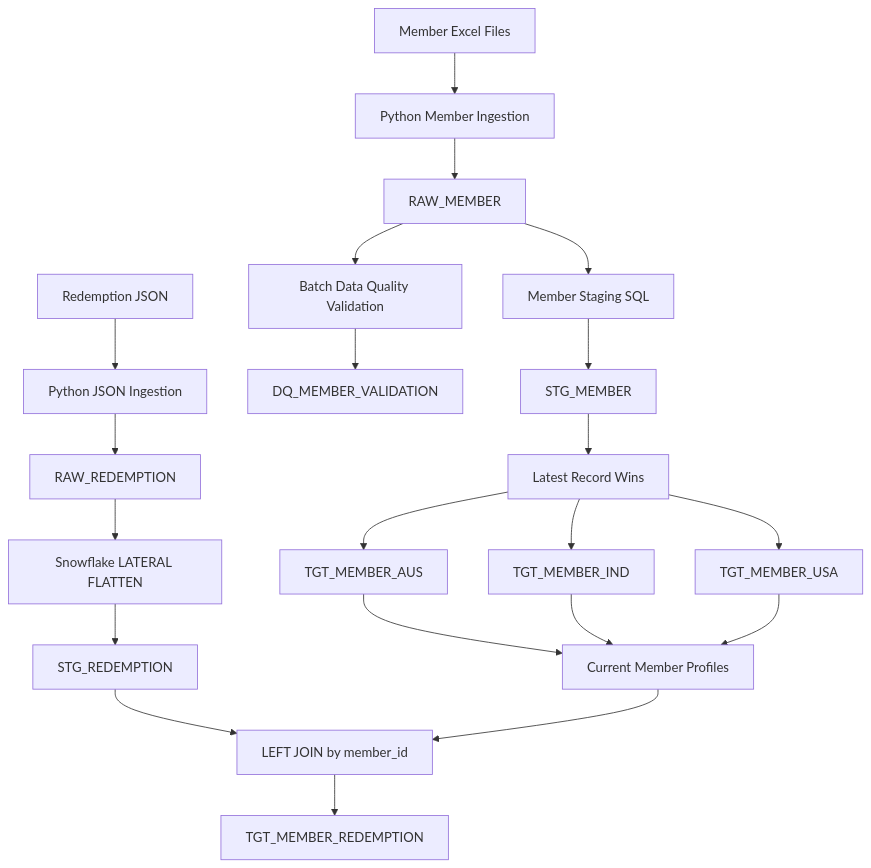
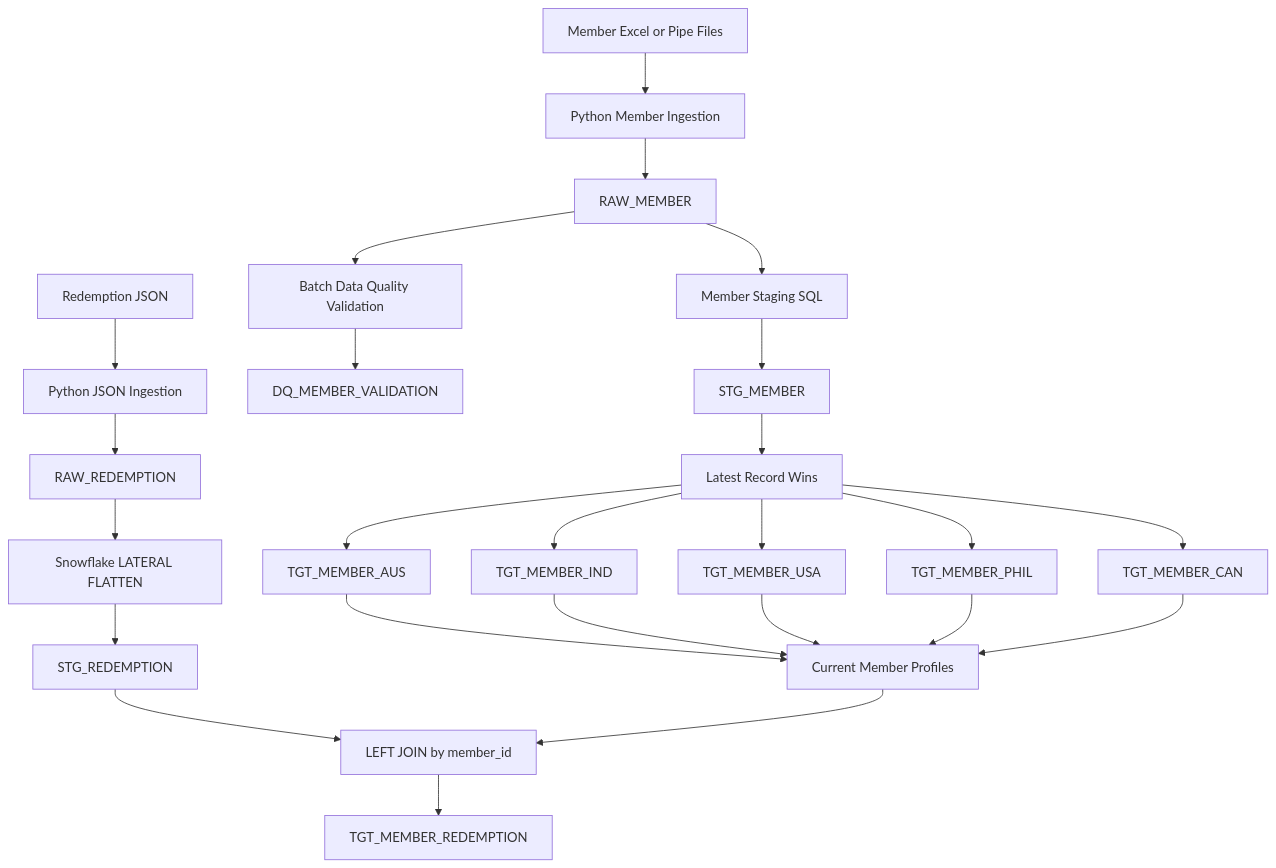
The first of 2 diagrams in docs/architecture.md (nitishverma721/Nitish_Data_Craftsperson_Incubyte_Project), drawn with Mermaid before and after one commit. The commit also changed other lines of this file and 3 other files, not shown here.

First line of the commit message:
docs: finalize pipeline architecture and decisions

````diff
--- a/docs/architecture.md
+++ b/docs/architecture.md
@@ -9,25 +9,29 @@
 ```mermaid
 flowchart TD
-    A[Member Excel Files] --> B[Python Member Ingestion]
+    A[Member Excel or Pipe Files] --> B[Python Member Ingestion]
     B --> C[RAW_MEMBER]
     C --> D[Member Staging SQL]
     D --> E[STG_MEMBER]
     C --> F[Batch Data Quality Validation]
     F --> G[DQ_MEMBER_VALIDATION]
     E --> H[Latest Record Wins]
     H --> I[TGT_MEMBER_AUS]
     H --> J[TGT_MEMBER_IND]
     H --> K[TGT_MEMBER_USA]
+    H --> U[TGT_MEMBER_PHIL]
+    H --> V[TGT_MEMBER_CAN]
 
     L[Redemption JSON] --> M[Python JSON Ingestion]
     M --> N[RAW_REDEMPTION]
     N --> O[Snowflake LATERAL FLATTEN]
     O --> P[STG_REDEMPTION]
 
     I --> Q[Current Member Profiles]
     J --> Q
     K --> Q
+    U --> Q
+    V --> Q
     P --> R[LEFT JOIN by member_id]
     Q --> R
     R --> S[TGT_MEMBER_REDEMPTION]
 ```
````
